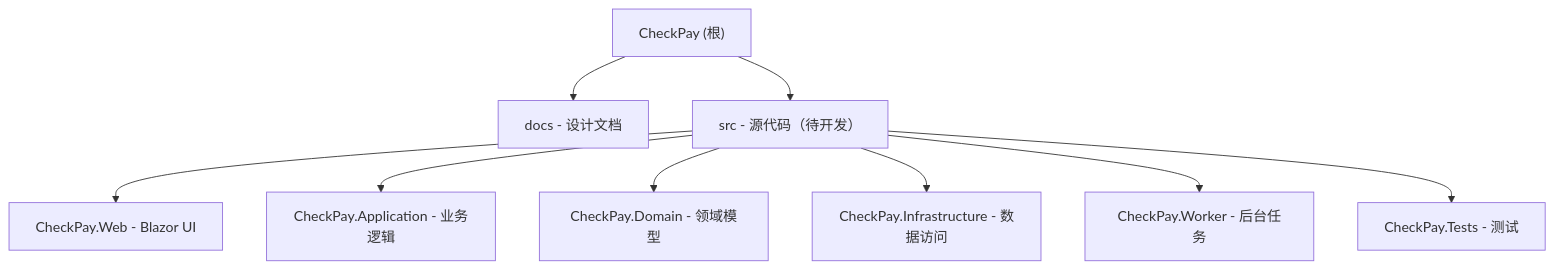
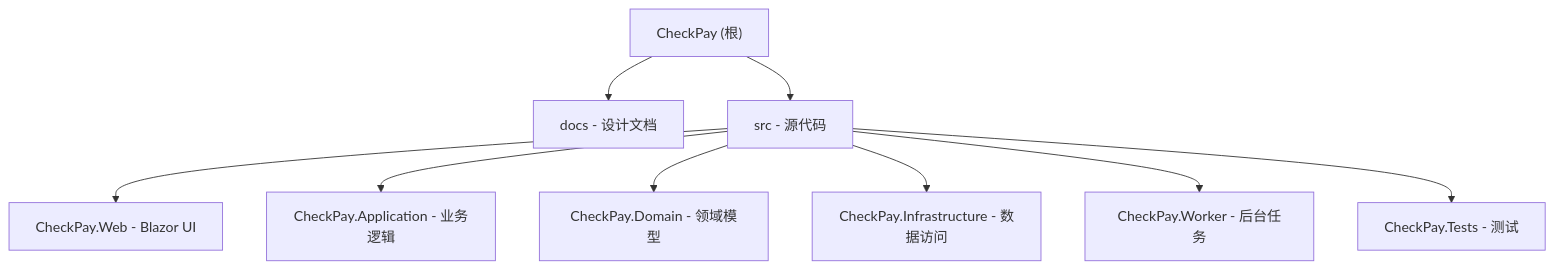
Before and after one commit to yusliao/checkpay: the diagram in CLAUDE.md, drawn with Mermaid. The commit also changed other lines of this file and 5 other files, not shown here.

````diff
--- a/CLAUDE.md
+++ b/CLAUDE.md
@@ -57,14 +56,14 @@
 ```mermaid
 graph TD
     A["CheckPay (根)"] --> B["docs - 设计文档"];
-    A --> C["src - 源代码（待开发）"];
+    A --> C["src - 源代码"];
 
     C --> C1["CheckPay.Web - Blazor UI"];
     C --> C2["CheckPay.Application - 业务逻辑"];
     C --> C3["CheckPay.Domain - 领域模型"];
     C --> C4["CheckPay.Infrastructure - 数据访问"];
     C --> C5["CheckPay.Worker - 后台任务"];
     C --> C6["CheckPay.Tests - 测试"];
 
     click B "./docs/CLAUDE.md" "查看 docs 模块文档"
 ```
````
